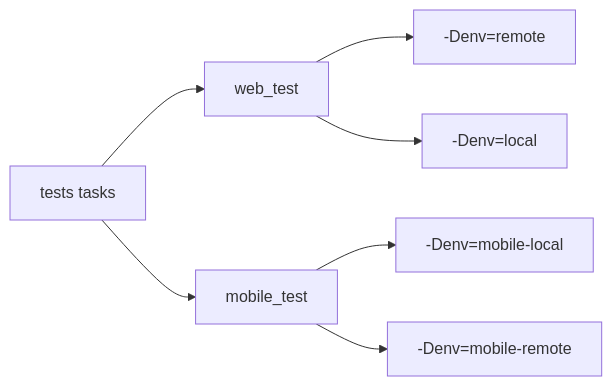
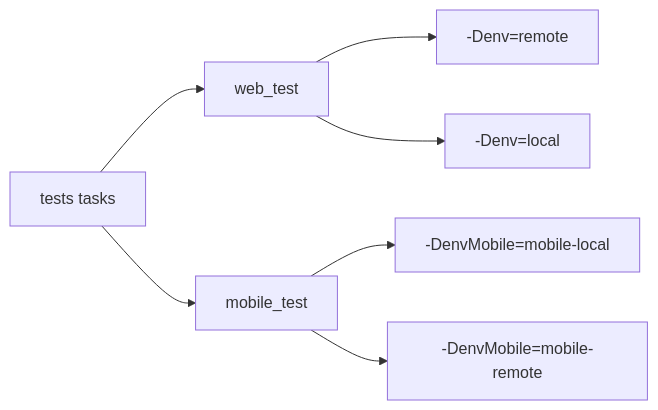
Before and after one commit to gloomyana/demo_webinar_tests: the diagram in README.md, drawn with Mermaid. The commit also changed other lines of this file, not shown here.

````diff
--- a/README.md
+++ b/README.md
@@ -78,9 +78,9 @@
 ```mermaid
 graph LR
 A[tests tasks] --> B[web_test]
 A --> C[mobile_test]
 B --> D[-Denv=remote]
 B --> E[-Denv=local]
-C --> F[-Denv=mobile-local]
-C --> G[-Denv=mobile-remote]
+C --> F[-DenvMobile=mobile-local]
+C --> G[-DenvMobile=mobile-remote]
 ```
````
